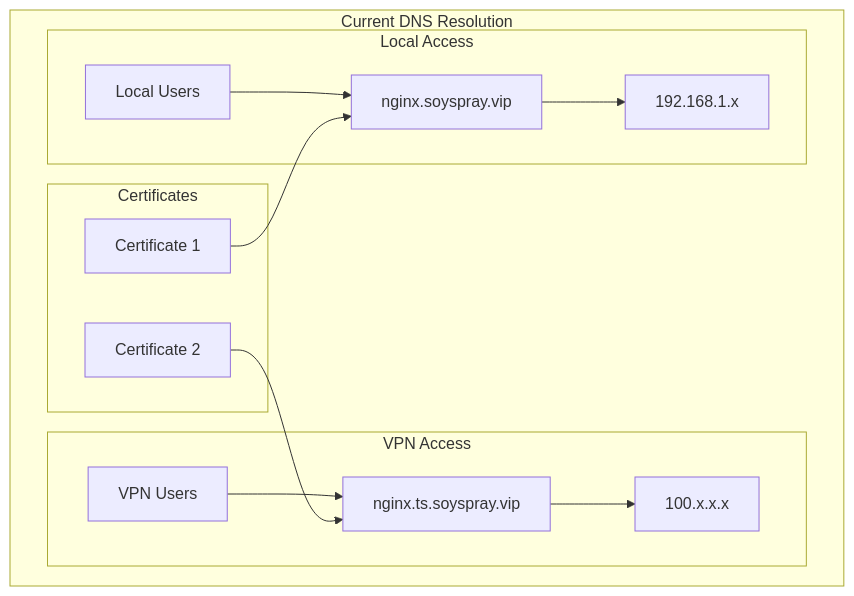
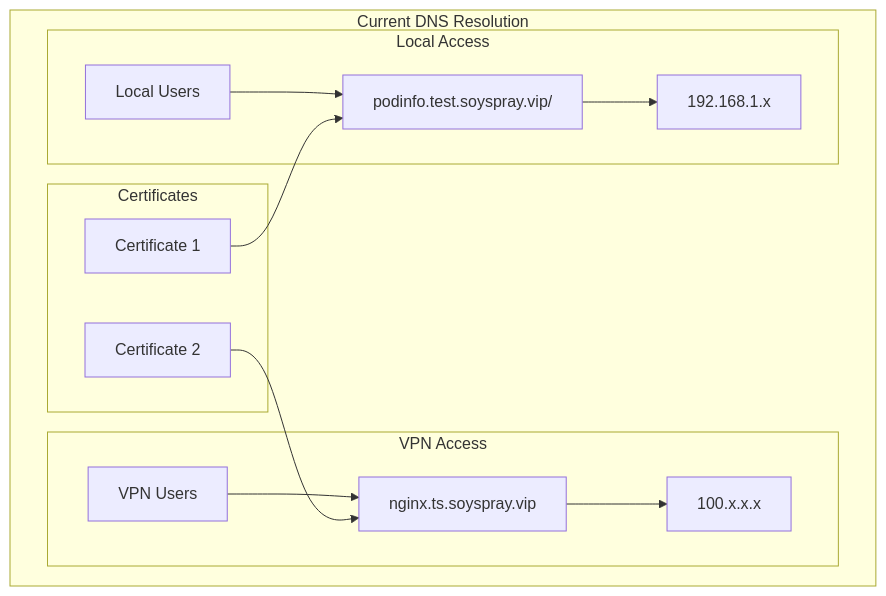
One commit to kpoxo6op/soyspray changed the first of 3 diagrams in soydocs/local-dns-override-plan.md. Above: the diagram before and after it, drawn with Mermaid. The commit also changed other lines of this file and 1 other file, not shown here.

Commit message:
external-dns.alpha.kubernetes.io/hostname: "podinfo.test.soyspray.vip"

````diff
--- a/soydocs/local-dns-override-plan.md
+++ b/soydocs/local-dns-override-plan.md
@@ -9,19 +9,19 @@
 ```mermaid
 graph TB
     subgraph "Current DNS Resolution"
         subgraph "Local Access"
-            L[Local Users] --> D1[nginx.soyspray.vip]
+            L[Local Users] --> D1[podinfo.test.soyspray.vip/]
             D1 --> IP1[192.168.1.x]
         end
 
         subgraph "VPN Access"
             V[VPN Users] --> D2[nginx.ts.soyspray.vip]
             D2 --> IP2[100.x.x.x]
         end
 
         subgraph "Certificates"
             C1[Certificate 1] --> D1
             C2[Certificate 2] --> D2
         end
     end
 ```
````
